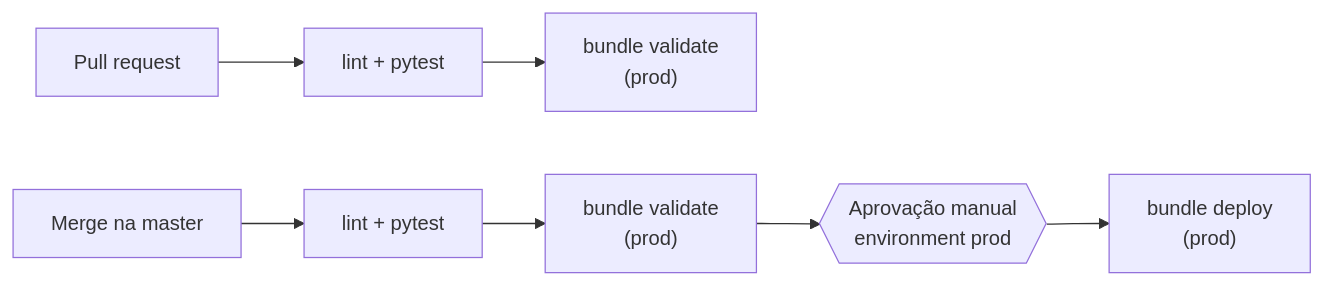
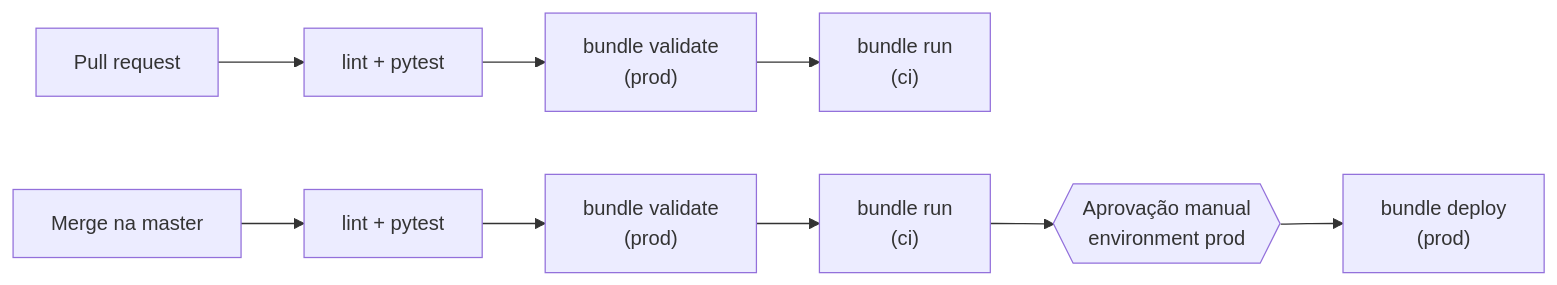
One commit to altamiropedrosa/databricks_claude_code_bakehouse changed the second of 2 diagrams in README.md. Above: the diagram before and after it, drawn with Mermaid. The commit also changed other lines of this file and 3 other files, not shown here.

First line of the commit message:
CI: gate de integração no target ci antes do deploy em prod (#8)

````diff
--- a/README.md
+++ b/README.md
@@ -189,5 +192,5 @@
 ```mermaid
 flowchart LR
-    pr["Pull request"] --> test["lint + pytest"] --> validate["bundle validate<br/>(prod)"]
-    merge["Merge na master"] --> test2["lint + pytest"] --> validate2["bundle validate<br/>(prod)"] --> approve{{"Aprovação manual<br/>environment prod"}} --> deploy["bundle deploy<br/>(prod)"]
+    pr["Pull request"] --> test["lint + pytest"] --> validate["bundle validate<br/>(prod)"] --> ci["bundle run<br/>(ci)"]
+    merge["Merge na master"] --> test2["lint + pytest"] --> validate2["bundle validate<br/>(prod)"] --> ci2["bundle run<br/>(ci)"] --> approve{{"Aprovação manual<br/>environment prod"}} --> deploy["bundle deploy<br/>(prod)"]
 ```
````
